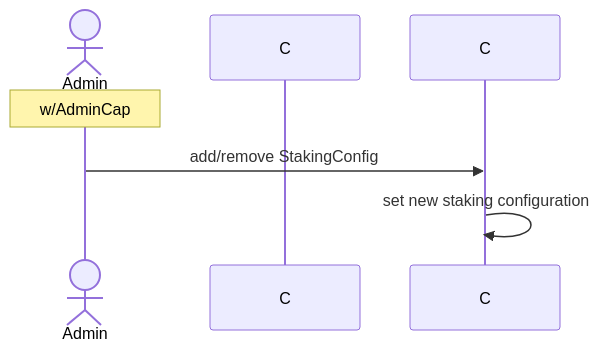
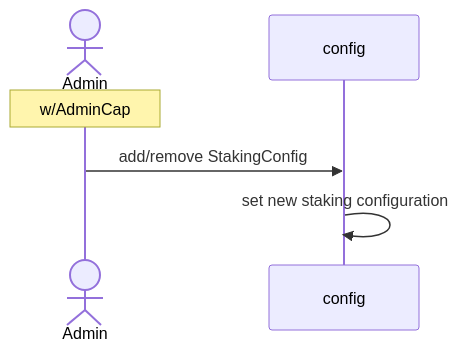
One commit to z330789559/e4c changed the sixth of 6 diagrams in README.md. Above: the diagram before and after it, drawn with Mermaid. The commit also changed other lines of this file, not shown here.

Commit message:
docs: separate modules on sequence diagram

````diff
--- a/README.md
+++ b/README.md
@@ -96,8 +108,8 @@
 ```mermaid
 sequenceDiagram
     actor A as Admin
-    participant config as C
+    participant C as config
     Note over A: w/AdminCap
     A ->> C: add/remove StakingConfig
     C ->> C: set new staking configuration
 ```
````
